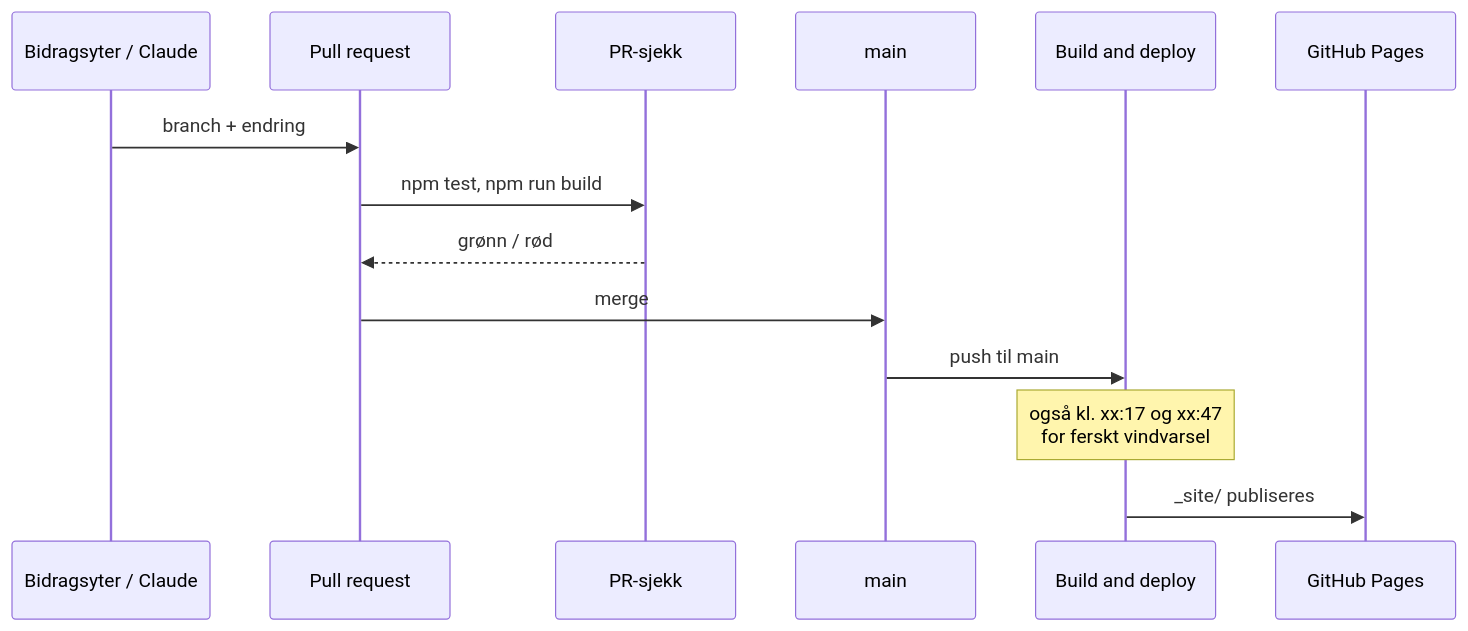
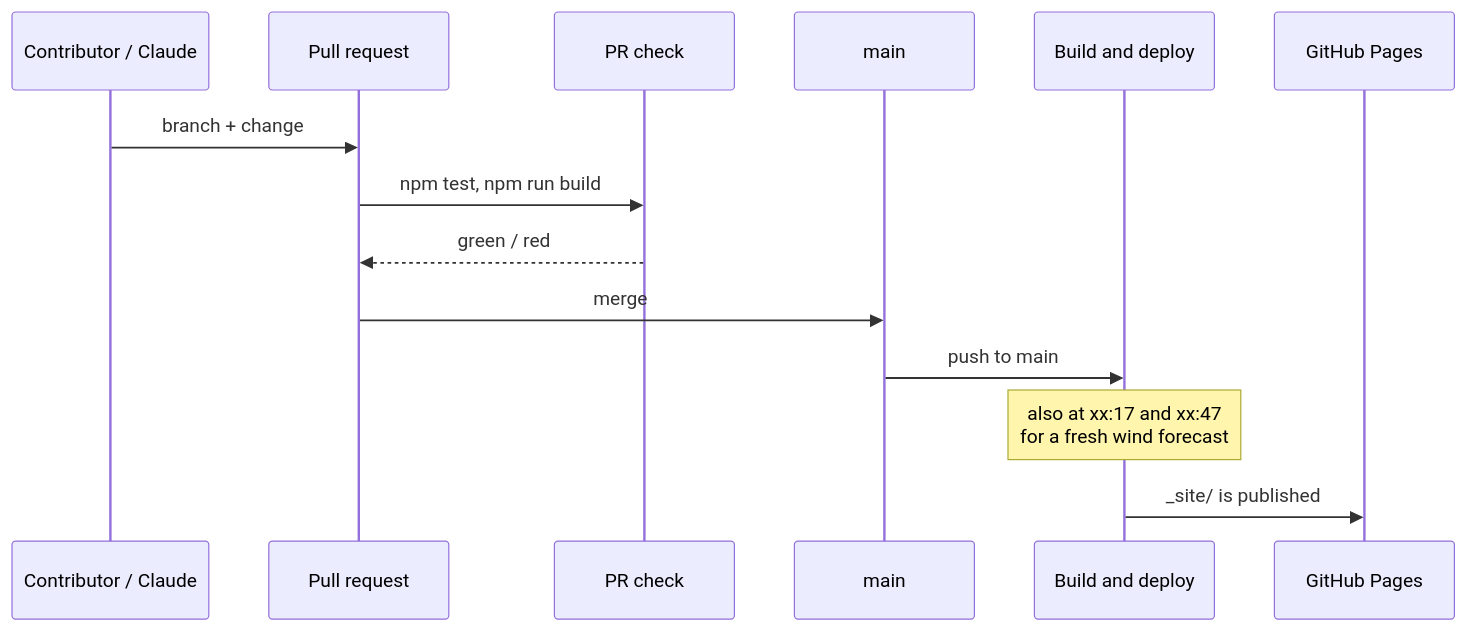
Before and after one commit to hpgt-com/flying-sites: the fifth of 6 diagrams in docs/architecture.md, drawn with Mermaid. The commit also changed other lines of this file and 7 other files, not shown here.

````diff
--- a/docs/architecture.md
+++ b/docs/architecture.md
@@ -176,17 +178,17 @@
 ```mermaid
 sequenceDiagram
-  participant Dev as Bidragsyter / Claude
+  participant Dev as Contributor / Claude
   participant PR as Pull request
-  participant CI as PR-sjekk
+  participant CI as PR check
   participant Main as main
   participant Deploy as Build and deploy
   participant Pages as GitHub Pages
 
-  Dev->>PR: branch + endring
+  Dev->>PR: branch + change
   PR->>CI: npm test, npm run build
-  CI-->>PR: grønn / rød
+  CI-->>PR: green / red
   PR->>Main: merge
-  Main->>Deploy: push til main
-  Note over Deploy: også kl. xx:17 og xx:47<br/>for ferskt vindvarsel
-  Deploy->>Pages: _site/ publiseres
+  Main->>Deploy: push to main
+  Note over Deploy: also at xx:17 and xx:47<br/>for a fresh wind forecast
+  Deploy->>Pages: _site/ is published
 ```
````
